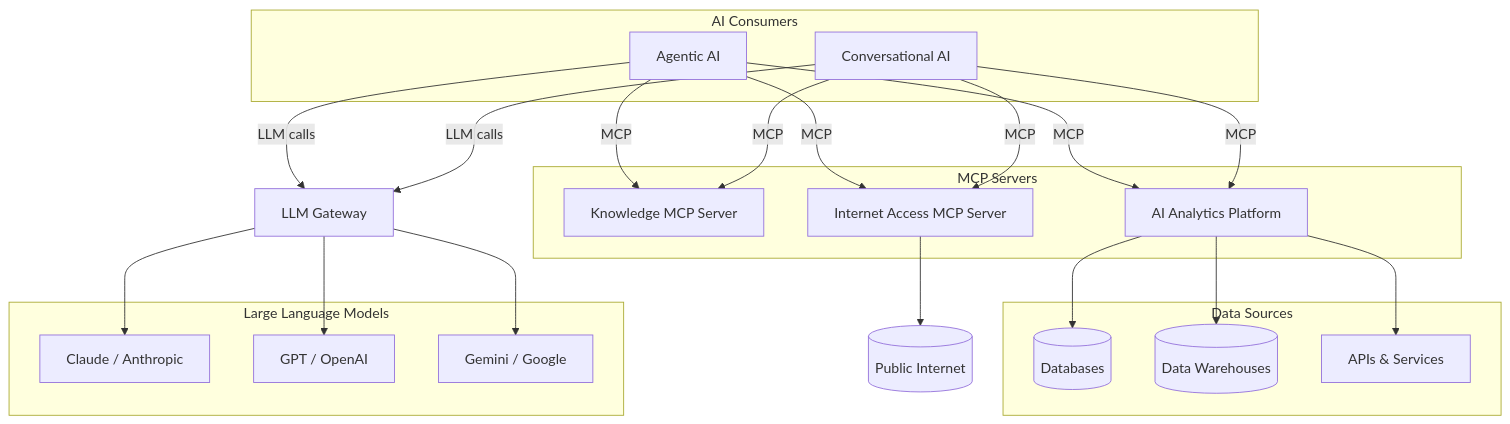
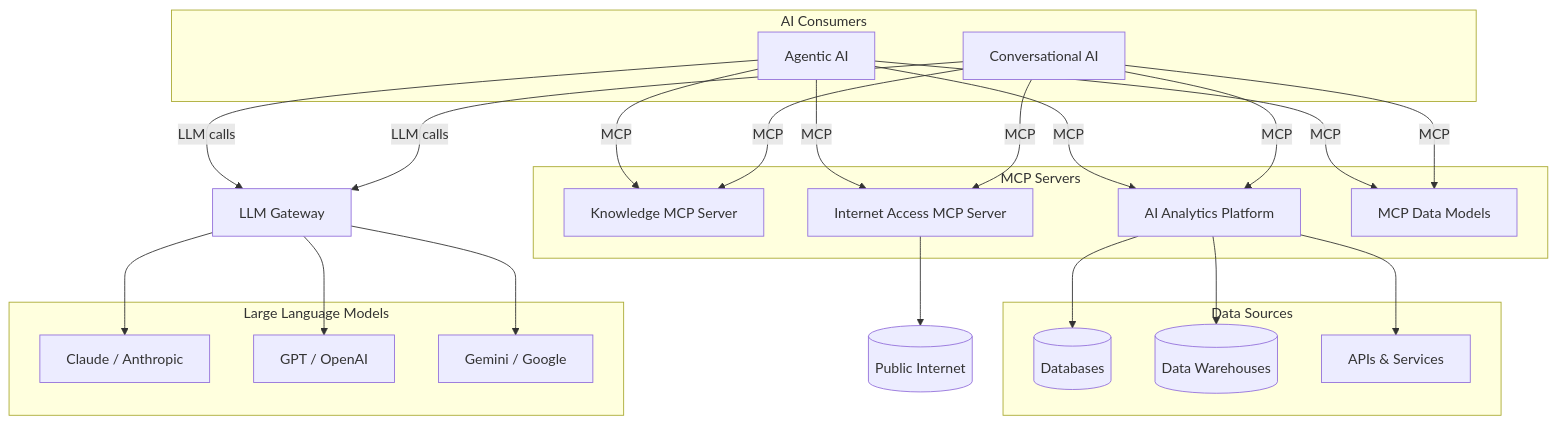
Before and after one commit to M-A-Operating-System/shared-work: the diagram in README.md, drawn with Mermaid.

Commit message:
docs: add MCP Data Models to ecosystem diagram
https://claude.ai/code/session_01CYjqpWt1v2JhCDuDBEJCSM

````diff
--- a/README.md
+++ b/README.md
@@ -39,52 +39,55 @@
 ```mermaid
 flowchart TB
     subgraph Consumers["AI Consumers"]
         AgAI[Agentic AI]
         ConvAI[Conversational AI]
     end
 
     subgraph MCPServers["MCP Servers"]
         KN[Knowledge MCP Server]
         AN[AI Analytics Platform]
         IN[Internet Access MCP Server]
+        DM[MCP Data Models]
     end
 
     subgraph DataSources["Data Sources"]
         DB[(Databases)]
         DW[(Data Warehouses)]
         API[APIs & Services]
     end
 
     WEB[("Public Internet")]
 
     GW[LLM Gateway]
 
     subgraph LLMPool["Large Language Models"]
         L1[Claude / Anthropic]
         L2[GPT / OpenAI]
         L3[Gemini / Google]
     end
 
     AN --> DB
     AN --> DW
     AN --> API
     IN --> WEB
     GW --> L1
     GW --> L2
     GW --> L3
 
     click AN href "docs/product/analytics/01-overview.md"
     click KN href "docs/product/knowledge/01-overview.md"
     click CH href "docs/product/assistant/01-overview.md"
     click IN href "docs/product/internet/01-overview.md"
     click ConvAI href "docs/product/assistant/01-overview.md"
 
     AgAI -->|MCP| AN
     AgAI -->|MCP| KN
     AgAI -->|MCP| IN
+    AgAI -->|MCP| DM
     AgAI -->|LLM calls| GW
     ConvAI -->|MCP| AN
     ConvAI -->|MCP| KN
     ConvAI -->|MCP| IN
+    ConvAI -->|MCP| DM
     ConvAI -->|LLM calls| GW
 ```
````
